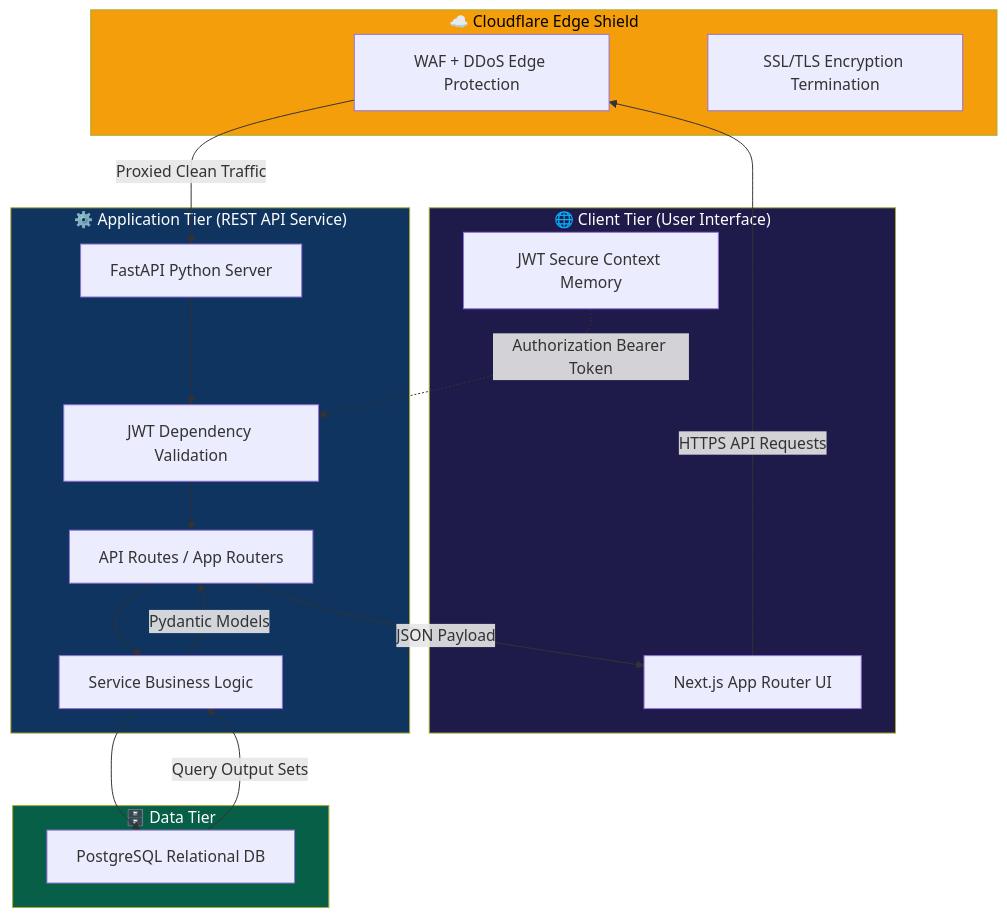
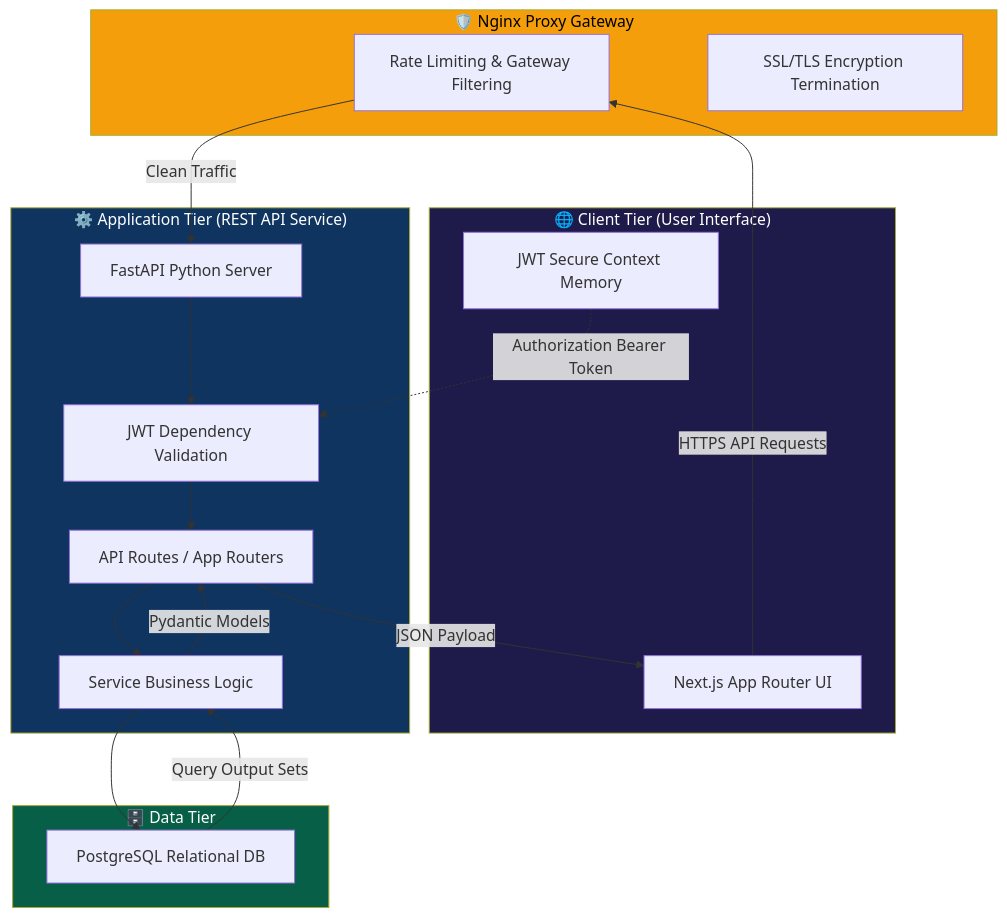
One commit to algorithnicmind/Bookflow-management changed the first of 4 diagrams in docs/05-HLD.md. Above: the diagram before and after it, drawn with Mermaid. The commit also changed other lines of this file and 1 other file, not shown here.

````diff
--- a/docs/05-HLD.md
+++ b/docs/05-HLD.md
@@ -13,39 +13,39 @@
 ```mermaid
 graph TB
-    subgraph Security["☁️ Cloudflare Edge Shield"]
-        WAF[WAF + DDoS Edge Protection]
+    subgraph Security["🛡️ Nginx Proxy Gateway"]
+        Filter[Rate Limiting & Gateway Filtering]
         SSL[SSL/TLS Encryption Termination]
     end
     
     subgraph Client["🌐 Client Tier (User Interface)"]
         Next[Next.js App Router UI]
         JWT[JWT Secure Context Memory]
     end
     
     subgraph Server["⚙️ Application Tier (REST API Service)"]
         FastAPI[FastAPI Python Server]
         Auth[JWT Dependency Validation]
         Routes[API Routes / App Routers]
         BL[Service Business Logic]
     end
     
     subgraph Data["🗄️ Data Tier"]
         PG[PostgreSQL Relational DB]
     end
     
-    Next -->|HTTPS API Requests| WAF
-    WAF -->|Proxied Clean Traffic| FastAPI
+    Next -->|HTTPS API Requests| Filter
+    Filter -->|Clean Traffic| FastAPI
     FastAPI --> Auth
     Auth --> Routes
     Routes --> BL
     BL --> PG
     PG -->|Query Output Sets| BL
     BL -->|Pydantic Models| Routes
     Routes -->|JSON Payload| Next
     JWT -.->|Authorization Bearer Token| Auth
     
     style Security fill:#F59E0B,color:#000
     style Client fill:#1e1b4b,color:#fff
     style Server fill:#0f3460,color:#fff
     style Data fill:#065f46,color:#fff
 ```
````
